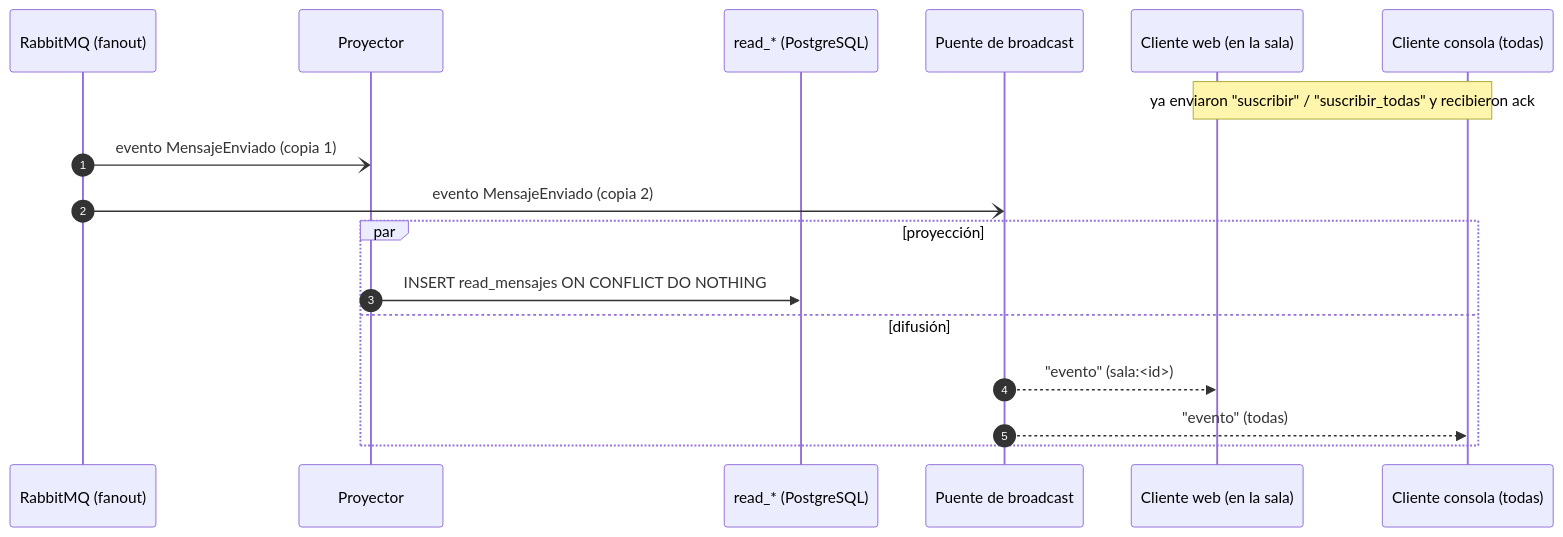
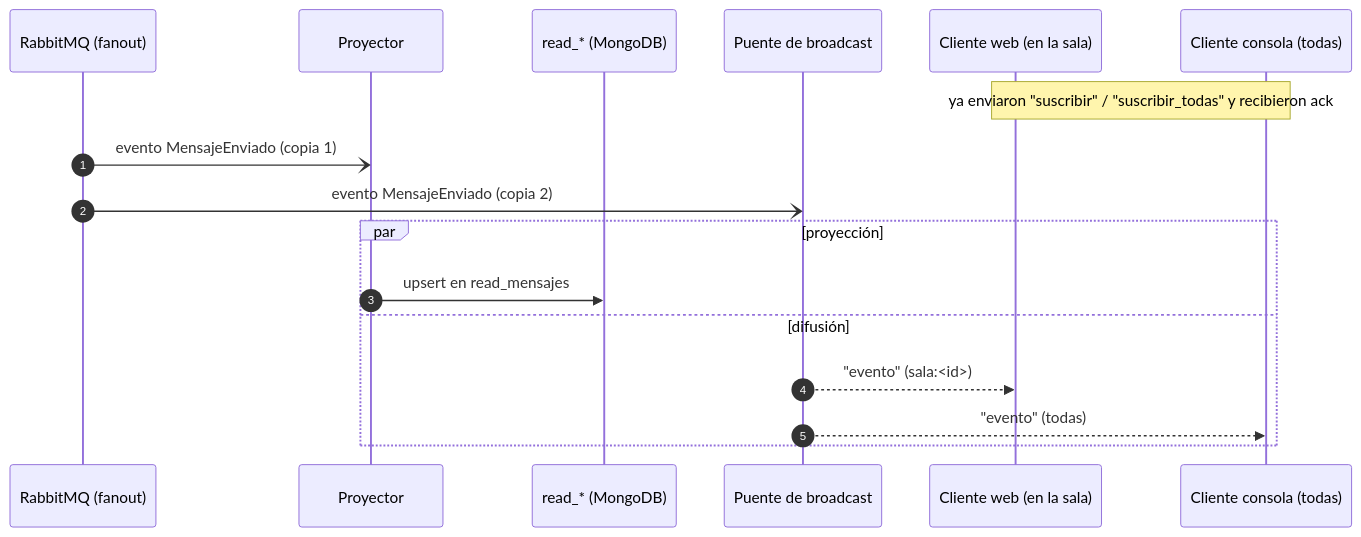
Before and after one commit to pardoski1106/TrabajoCQR: the third of 3 diagrams in docs/arquitectura.md, drawn with Mermaid. The commit also changed other lines of this file and 22 other files, not shown here.

First line of the commit message:
feat: modelo de lectura en MongoDB, PostgreSQL en la nube y documentacion

````diff
--- a/docs/arquitectura.md
+++ b/docs/arquitectura.md
@@ -138,20 +142,20 @@
 ```mermaid
 sequenceDiagram
   autonumber
   participant MQ as RabbitMQ (fanout)
   participant P as Proyector
-  participant DB as read_* (PostgreSQL)
+  participant DB as read_* (MongoDB)
   participant B as Puente de broadcast
   participant W as Cliente web (en la sala)
   participant C as Cliente consola (todas)
 
   Note over W,C: ya enviaron "suscribir" / "suscribir_todas" y recibieron ack
   MQ-)P: evento MensajeEnviado (copia 1)
   MQ-)B: evento MensajeEnviado (copia 2)
   par proyección
-    P->>DB: INSERT read_mensajes ON CONFLICT DO NOTHING
+    P->>DB: upsert en read_mensajes
   and difusión
     B-->>W: "evento" (sala:<id>)
     B-->>C: "evento" (todas)
   end
 ```
````
